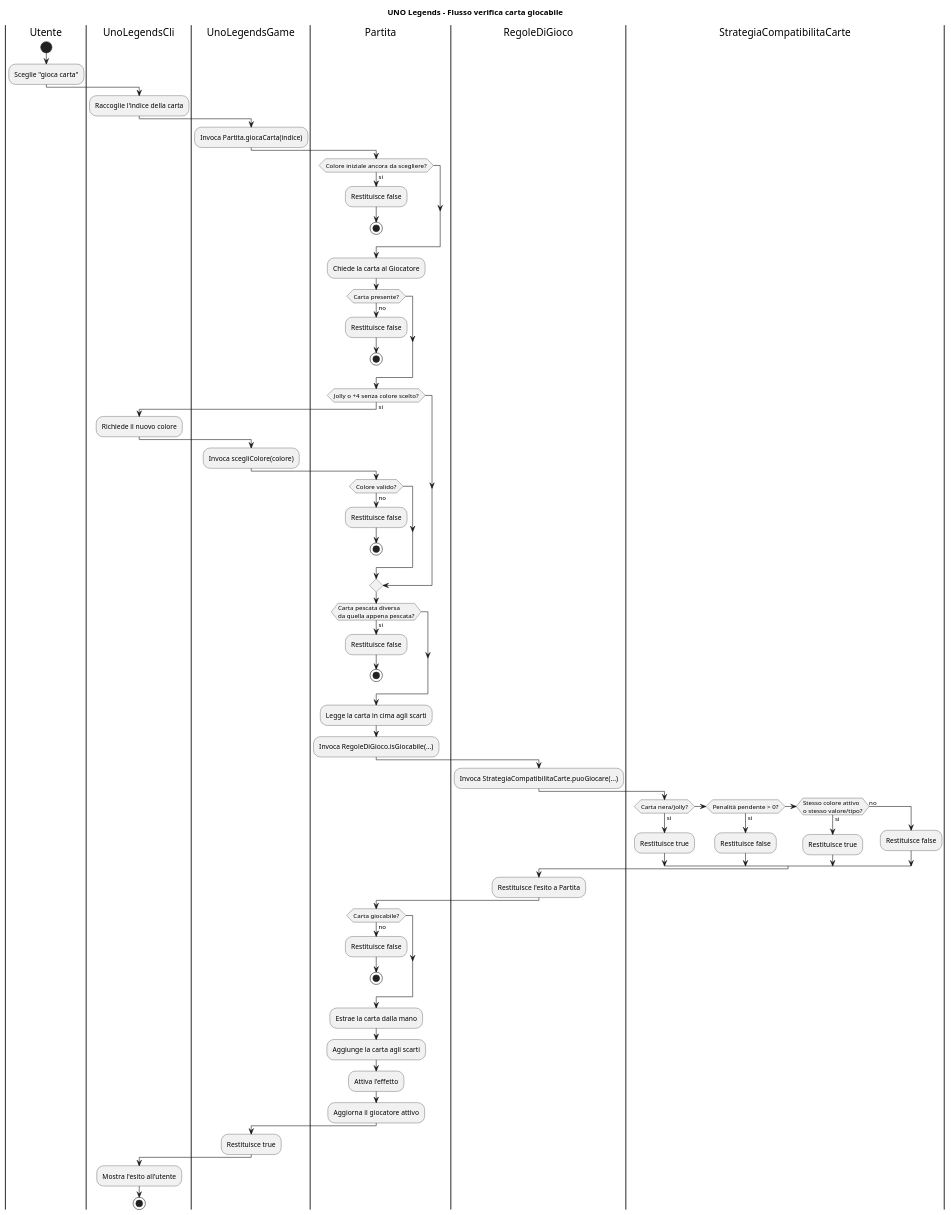
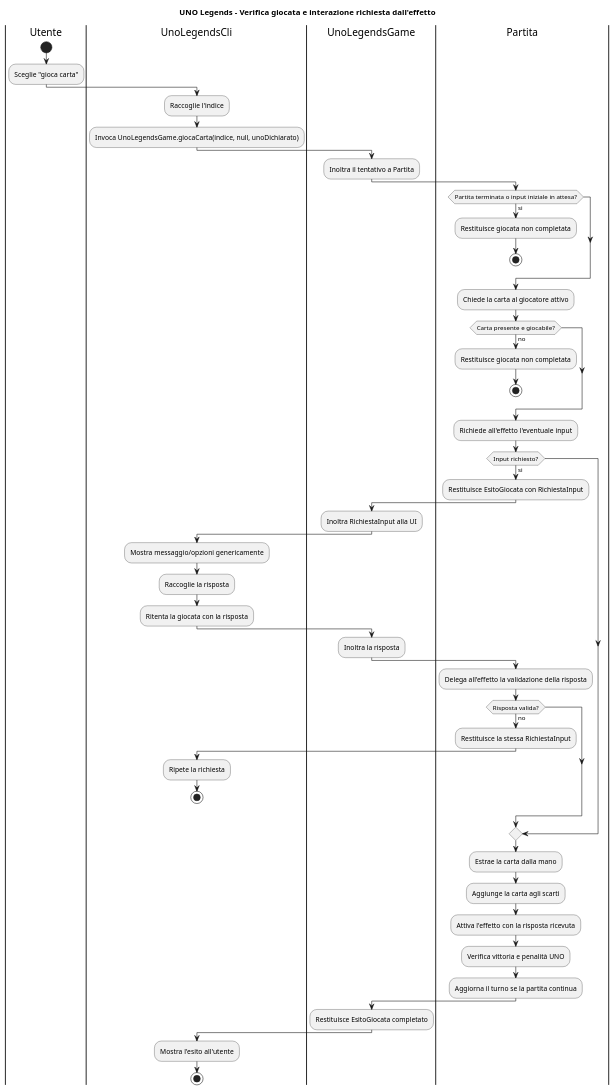
One commit to Frozzo/SoftwareEngineering changed the diagram in Codice/docs/flusso_verifica_carta_giocabile.puml. Above: the diagram before and after it, drawn with PlantUML. The commit also changed 27 other files, not shown here.

Commit message:
aggiumto effetti scalabili con aggiunta di classi d ausilio e modifica file di documentazione fra i quali domain_class_diagram.puml e gioca_turno.puml Nota il commit precedente ha effetti trattati in modo individuale magari è piu semplice il diagramma di quella verisone, rimosso anche stato turno

```diff
--- a/Codice/docs/flusso_verifica_carta_giocabile.puml
+++ b/Codice/docs/flusso_verifica_carta_giocabile.puml
@@ -1,81 +1,61 @@
 @startuml
-title UNO Legends - Flusso verifica carta giocabile
+title UNO Legends - Verifica giocata e interazione richiesta dall'effetto
 
 |Utente|
 start
 :Sceglie "gioca carta";
 
 |UnoLegendsCli|
-:Raccoglie l'indice della carta;
+:Raccoglie l'indice;
+:Invoca UnoLegendsGame.giocaCarta(indice, null, unoDichiarato);
 
 |UnoLegendsGame|
-:Invoca Partita.giocaCarta(indice);
+:Inoltra il tentativo a Partita;
 
 |Partita|
-if (Colore iniziale ancora da scegliere?) then (si)
-  :Restituisce false;
+if (Partita terminata o input iniziale in attesa?) then (si)
+  :Restituisce giocata non completata;
   stop
 endif
 
-:Chiede la carta al Giocatore;
-if (Carta presente?) then (no)
-  :Restituisce false;
+:Chiede la carta al giocatore attivo;
+if (Carta presente e giocabile?) then (no)
+  :Restituisce giocata non completata;
   stop
 endif
 
-if (Jolly o +4 senza colore scelto?) then (si)
+:Richiede all'effetto l'eventuale input;
+if (Input richiesto?) then (si)
+  :Restituisce EsitoGiocata con RichiestaInput;
+  |UnoLegendsGame|
+  :Inoltra RichiestaInput alla UI;
   |UnoLegendsCli|
-  :Richiede il nuovo colore;
+  :Mostra messaggio/opzioni genericamente;
+  :Raccoglie la risposta;
+  :Ritenta la giocata con la risposta;
   |UnoLegendsGame|
-  :Invoca scegliColore(colore);
+  :Inoltra la risposta;
   |Partita|
-  if (Colore valido?) then (no)
-    :Restituisce false;
+  :Delega all'effetto la validazione della risposta;
+  if (Risposta valida?) then (no)
+    :Restituisce la stessa RichiestaInput;
+    |UnoLegendsCli|
+    :Ripete la richiesta;
     stop
   endif
 endif
 
 |Partita|
-if (Carta pescata diversa\nda quella appena pescata?) then (si)
-  :Restituisce false;
-  stop
-endif
-
-:Legge la carta in cima agli scarti;
-:Invoca RegoleDiGioco.isGiocabile(...);
-
-|RegoleDiGioco|
-:Invoca StrategiaCompatibilitaCarte.puoGiocare(...);
-
-|StrategiaCompatibilitaCarte|
-if (Carta nera/jolly?) then (si)
-  :Restituisce true;
-elseif (Penalità pendente > 0?) then (si)
-  :Restituisce false;
-elseif (Stesso colore attivo\no stesso valore/tipo?) then (si)
-  :Restituisce true;
-else (no)
-  :Restituisce false;
-endif
-
-|RegoleDiGioco|
-:Restituisce l'esito a Partita;
-
-|Partita|
-if (Carta giocabile?) then (no)
-  :Restituisce false;
-  stop
-endif
-
 :Estrae la carta dalla mano;
 :Aggiunge la carta agli scarti;
-:Attiva l'effetto;
-:Aggiorna il giocatore attivo;
+:Attiva l'effetto con la risposta ricevuta;
+:Verifica vittoria e penalità UNO;
+:Aggiorna il turno se la partita continua;
 
 |UnoLegendsGame|
-:Restituisce true;
+:Restituisce EsitoGiocata completato;
 
 |UnoLegendsCli|
 :Mostra l'esito all'utente;
 stop
 @enduml
```
